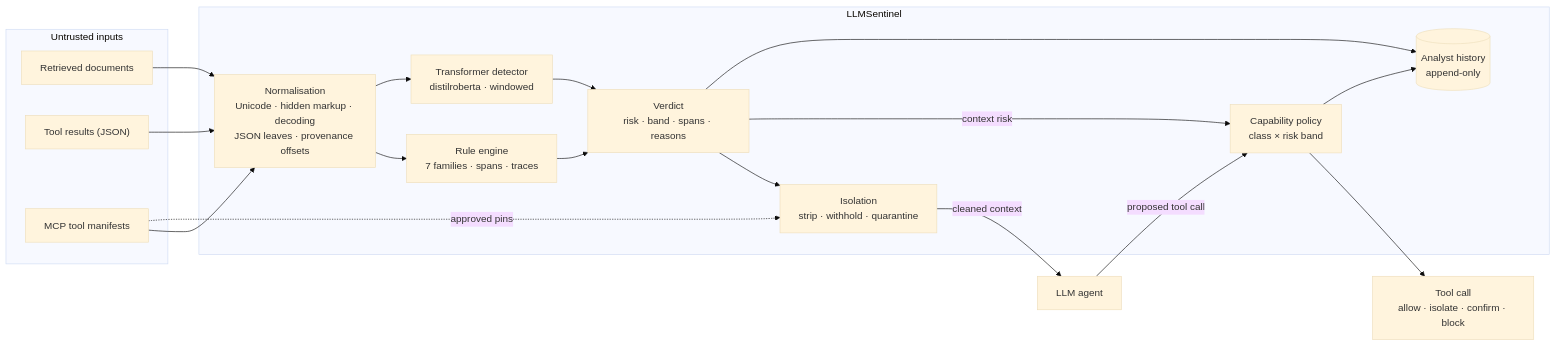
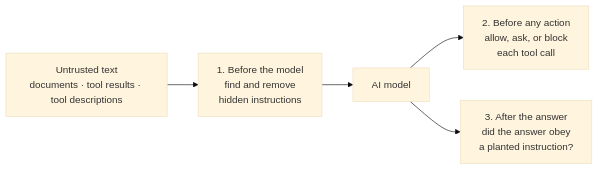
Before and after one commit to ayushmgarg/LLMSentinel: the diagram in README.md, drawn with Mermaid (base theme). The commit also changed other lines of this file, not shown here.

Commit message:
docs: rewrite README in plain language with current results

````diff
--- a/README.md
+++ b/README.md
@@ -55,37 +23,7 @@
 ```mermaid
 flowchart LR
-    subgraph Untrusted["Untrusted inputs"]
-        D["Retrieved documents"]
-        T["Tool results (JSON)"]
-        M["MCP tool manifests"]
-    end
-
-    subgraph Sentinel["LLMSentinel"]
-        N["Normalisation<br/>Unicode · hidden markup · decoding<br/>JSON leaves · provenance offsets"]
-        R["Rule engine<br/>7 families · spans · traces"]
-        X["Transformer detector<br/>distilroberta · windowed"]
-        V["Verdict<br/>risk · band · spans · reasons"]
-        I["Isolation<br/>strip · withhold · quarantine"]
-        P["Capability policy<br/>class × risk band"]
-        H[("Analyst history<br/>append-only")]
-    end
-
-    A["LLM agent"]
-    O["Tool call<br/>allow · isolate · confirm · block"]
-
-    D --> N
-    T --> N
-    M --> N
-    M -.->|approved pins| I
-    N --> R
-    N --> X
-    R --> V
-    X --> V
-    V --> I
-    I -->|cleaned context| A
-    A -->|proposed tool call| P
-    V -->|context risk| P
-    P --> O
-    V --> H
-    P --> H
+    U["Untrusted text<br/>documents · tool results · tool descriptions"] --> C1
+    C1["1. Before the model<br/>find and remove<br/>hidden instructions"] --> M["AI model"]
+    M --> C2["2. Before any action<br/>allow, ask, or block<br/>each tool call"]
+    M --> C3["3. After the answer<br/>did the answer obey<br/>a planted instruction?"]
 ```
````
